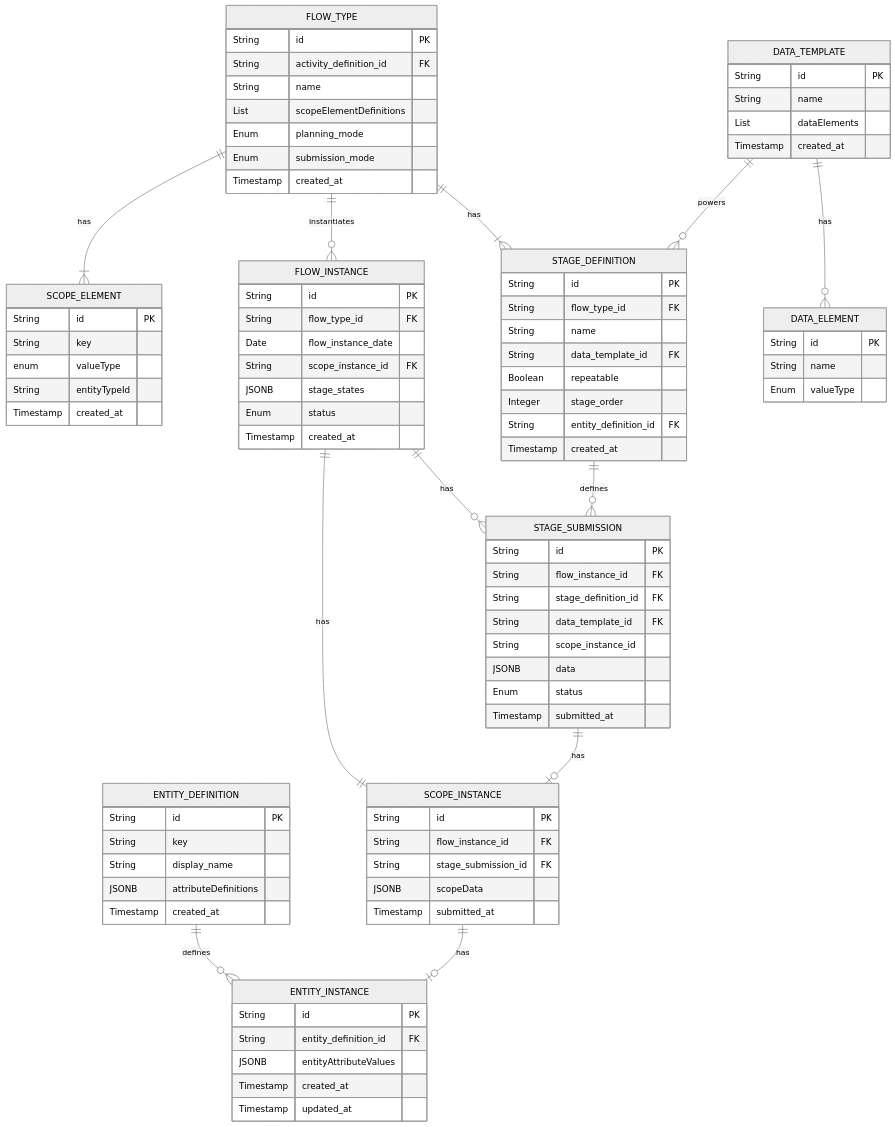
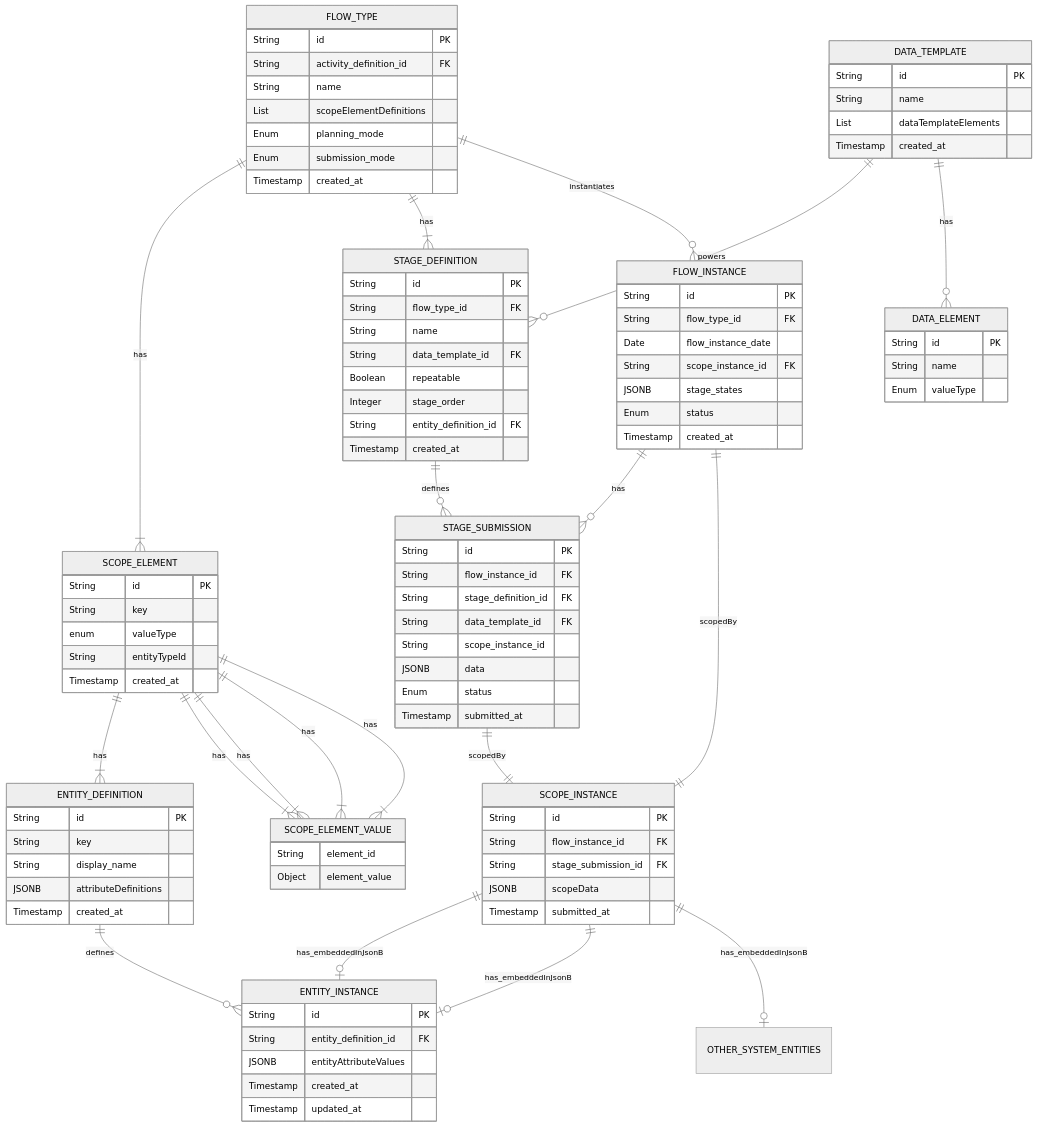
The sixth of 14 diagrams in documentation/final-idea-model-summary.md (DataRun-ye/data-run-api), drawn with Mermaid (neutral theme) before and after one commit. The commit also changed other lines of this file and 361 other files, not shown here.

````diff
--- a/documentation/final-idea-model-summary.md
+++ b/documentation/final-idea-model-summary.md
@@ -428,13 +601,20 @@
     FLOW_TYPE ||--|{ STAGE_DEFINITION: has
     FLOW_TYPE ||--o{ FLOW_INSTANCE: instantiates
     FLOW_INSTANCE ||--o{ STAGE_SUBMISSION: has
-    FLOW_INSTANCE ||--|| SCOPE_INSTANCE: has
+    FLOW_INSTANCE ||--|| SCOPE_INSTANCE: scopedBy
     STAGE_DEFINITION ||--o{ STAGE_SUBMISSION: defines
     DATA_TEMPLATE ||--o{ STAGE_DEFINITION: powers
-    STAGE_SUBMISSION ||--o| SCOPE_INSTANCE: has
+    STAGE_SUBMISSION ||--|| SCOPE_INSTANCE: scopedBy
     DATA_TEMPLATE ||--o{ DATA_ELEMENT: has
     ENTITY_DEFINITION ||--o{ ENTITY_INSTANCE: defines
-    SCOPE_INSTANCE ||--o| ENTITY_INSTANCE: has
+    SCOPE_INSTANCE ||--o| ENTITY_INSTANCE: has_embeddedInJsonB
+    SCOPE_INSTANCE ||--o| ENTITY_INSTANCE: has_embeddedInJsonB
+    SCOPE_INSTANCE ||--o| OTHER_SYSTEM_ENTITIES: has_embeddedInJsonB
+    SCOPE_ELEMENT ||--|{ ENTITY_DEFINITION: has
+    SCOPE_ELEMENT ||--|{ SCOPE_ELEMENT_VALUE: has
+    SCOPE_ELEMENT ||--|{ SCOPE_ELEMENT_VALUE: has
+    SCOPE_ELEMENT ||--|{ SCOPE_ELEMENT_VALUE: has
+    SCOPE_ELEMENT ||--|{ SCOPE_ELEMENT_VALUE: has
 %% Table-entity definitions
     FLOW_TYPE {
         String id PK
@@ -474,7 +654,7 @@
         String id PK
         String name
     %% your existing template JSON (DataElements)
-        List dataElements
+        List dataTemplateElements
         Timestamp created_at
     }
 %% optional pre-created and pre-link scope for planned flow instances
@@ -534,4 +714,12 @@
         String name
         Enum valueType
     }
+
+    OTHER_SYSTEM_ENTITIES {
+    }
+
+    SCOPE_ELEMENT_VALUE {
+        String element_id
+        Object element_value
+    }
 ```
````
